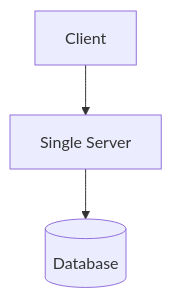
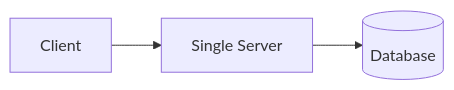
Before and after one commit to khodorkin-dmitrii/android-dev-handbook: the first of 2 diagrams in docs/engineering/system-design/scalability-capacity.md, drawn with Mermaid. The commit also changed other lines of this file and 7 other files, not shown here.

````diff
--- a/docs/engineering/system-design/scalability-capacity.md
+++ b/docs/engineering/system-design/scalability-capacity.md
@@ -32,5 +72,5 @@
 ```mermaid
-flowchart TD
+flowchart LR
     C[Client] --> S[Single Server]
     S --> D[(Database)]
 ```
````
